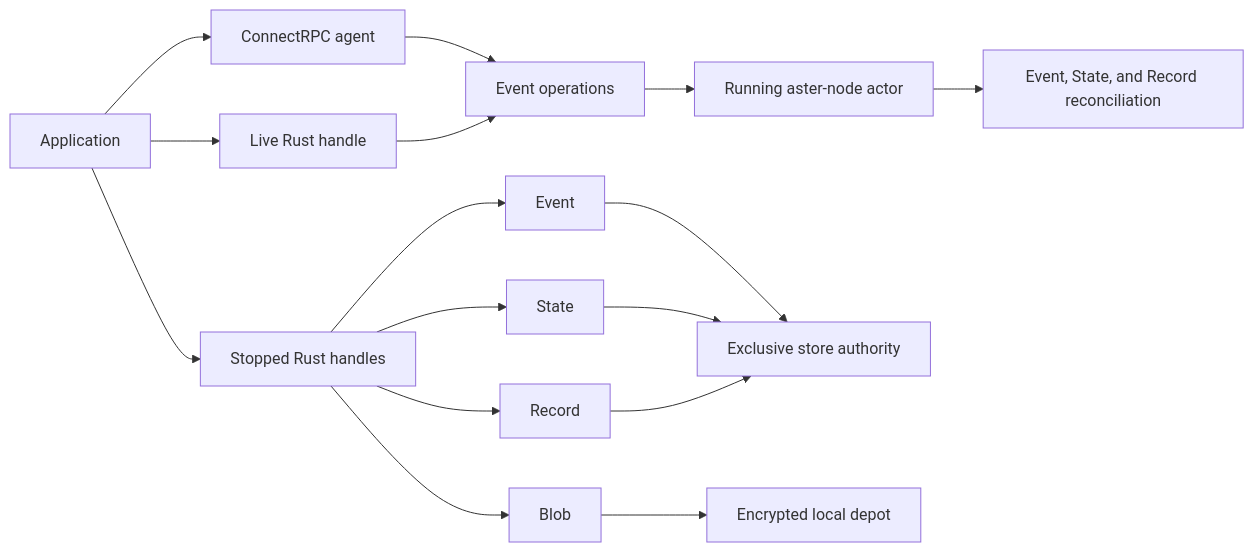
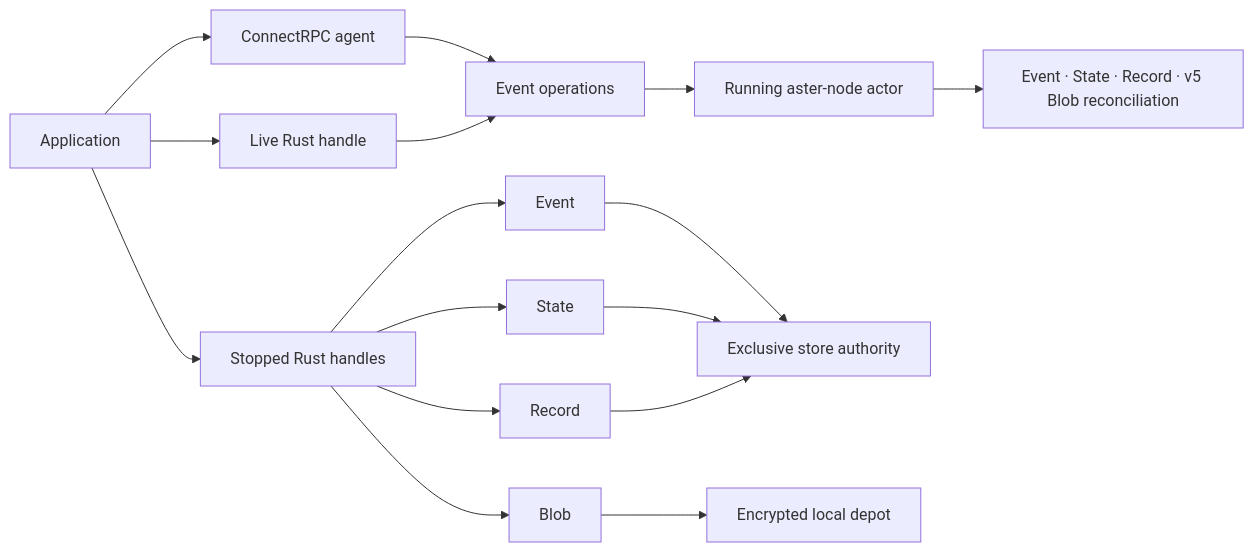
Before and after one commit to asirak-astertech/aster: the first of 8 diagrams in docs/architecture.md, drawn with Mermaid. The commit also changed other lines of this file and 28 other files, not shown here.

````diff
--- a/docs/architecture.md
+++ b/docs/architecture.md
@@ -24,18 +24,18 @@
 ```mermaid
 flowchart LR
     App["Application"] --> Connect["ConnectRPC agent"]
     App --> LiveRust["Live Rust handle"]
     App --> StoppedRust["Stopped Rust handles"]
     Connect --> LiveEvent["Event operations"]
     LiveRust --> LiveEvent
     LiveEvent --> Actor["Running aster-node actor"]
     StoppedRust --> Event["Event"]
     StoppedRust --> State["State"]
     StoppedRust --> Record["Record"]
     StoppedRust --> Blob["Blob"]
     Event --> Exclusive["Exclusive store authority"]
     State --> Exclusive
     Record --> Exclusive
     Blob --> Depot["Encrypted local depot"]
-    Actor --> Network["Event, State, and Record reconciliation"]
+    Actor --> Network["Event · State · Record · v5 Blob reconciliation"]
 ```
````
